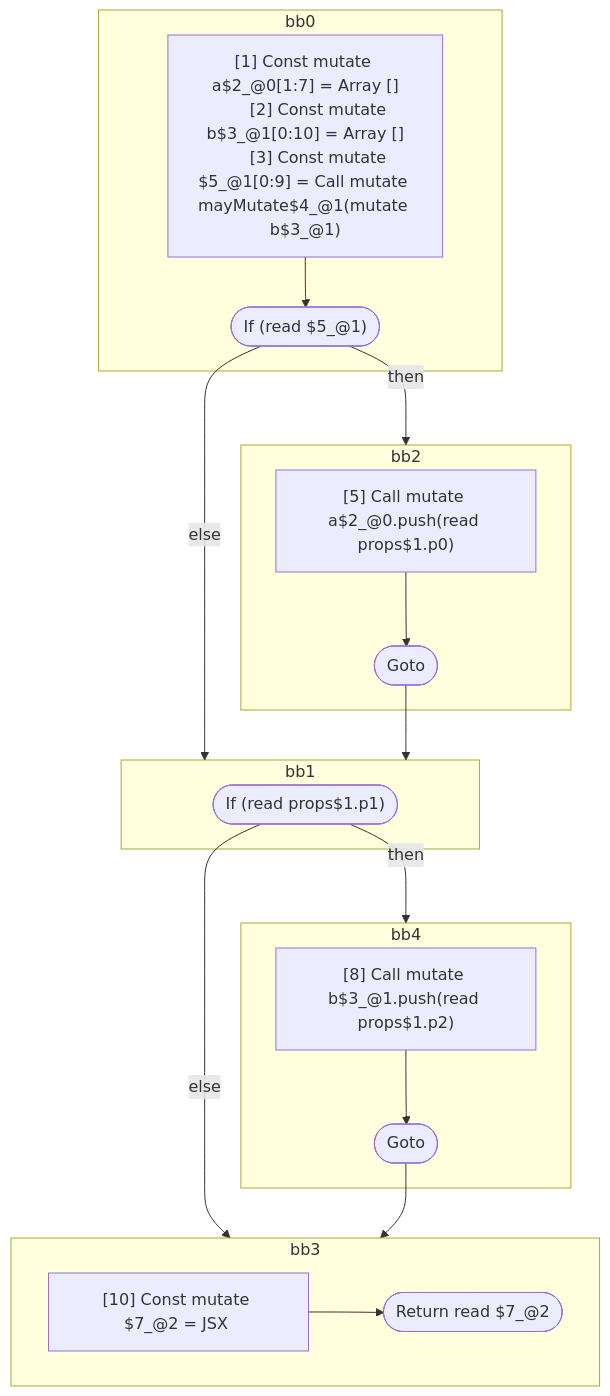
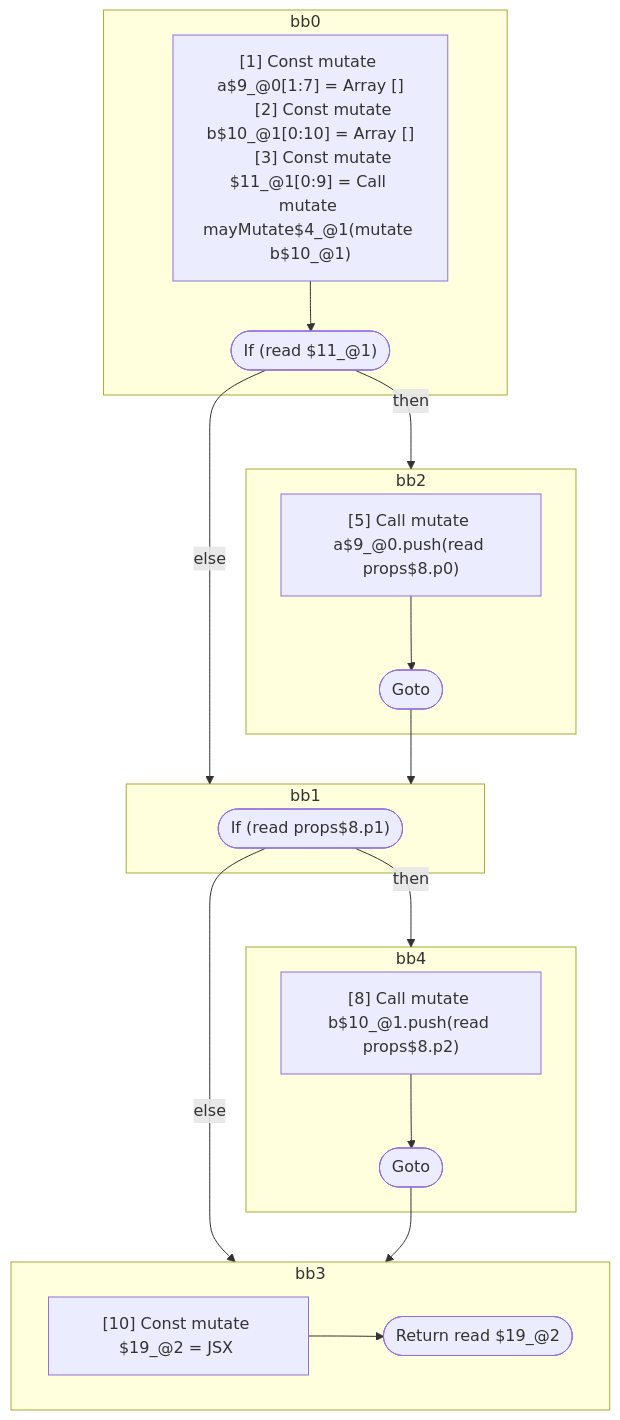
The second of 4 diagrams in compiler/forget/src/__tests__/fixtures/hir/conditional-on-mutable.expect.md (wutsmog/private), drawn with Mermaid before and after one commit. The commit also changed other lines of this file and 59 other files, not shown here.

````diff
--- a/compiler/forget/src/__tests__/fixtures/hir/conditional-on-mutable.expect.md
+++ b/compiler/forget/src/__tests__/fixtures/hir/conditional-on-mutable.expect.md
@@ -179,42 +179,42 @@
 ```mermaid
 flowchart TB
   %% Basic Blocks
   subgraph bb0
     bb0_instrs["
-      [1] Const mutate a$2_@0[1:7] = Array []
-      [2] Const mutate b$3_@1[0:10] = Array []
-      [3] Const mutate $5_@1[0:9] = Call mutate mayMutate$4_@1(mutate b$3_@1)
+      [1] Const mutate a$9_@0[1:7] = Array []
+      [2] Const mutate b$10_@1[0:10] = Array []
+      [3] Const mutate $11_@1[0:9] = Call mutate mayMutate$4_@1(mutate b$10_@1)
     "]
-    bb0_instrs --> bb0_terminal(["If (read $5_@1)"])
+    bb0_instrs --> bb0_terminal(["If (read $11_@1)"])
   end
   subgraph bb2
     bb2_instrs["
-      [5] Call mutate a$2_@0.push(read props$1.p0)
+      [5] Call mutate a$9_@0.push(read props$8.p0)
     "]
     bb2_instrs --> bb2_terminal(["Goto"])
   end
   subgraph bb1
-    bb1_terminal(["If (read props$1.p1)"])
+    bb1_terminal(["If (read props$8.p1)"])
   end
   subgraph bb4
     bb4_instrs["
-      [8] Call mutate b$3_@1.push(read props$1.p2)
+      [8] Call mutate b$10_@1.push(read props$8.p2)
     "]
     bb4_instrs --> bb4_terminal(["Goto"])
   end
   subgraph bb3
     bb3_instrs["
-      [10] Const mutate $7_@2 = JSX <read Foo$6 a={freeze a$2_@0} b={freeze b$3_@1} ></read Foo$6>
+      [10] Const mutate $19_@2 = JSX <read Foo$6 a={freeze a$9_@0} b={freeze b$10_@1} ></read Foo$6>
     "]
-    bb3_instrs --> bb3_terminal(["Return read $7_@2"])
+    bb3_instrs --> bb3_terminal(["Return read $19_@2"])
   end
 
   %% Jumps
   bb0_terminal -- "then" --> bb2
   bb0_terminal -- "else" --> bb1
   bb2_terminal --> bb1
   bb1_terminal -- "then" --> bb4
   bb1_terminal -- "else" --> bb3
   bb4_terminal --> bb3
 
 ```
````
